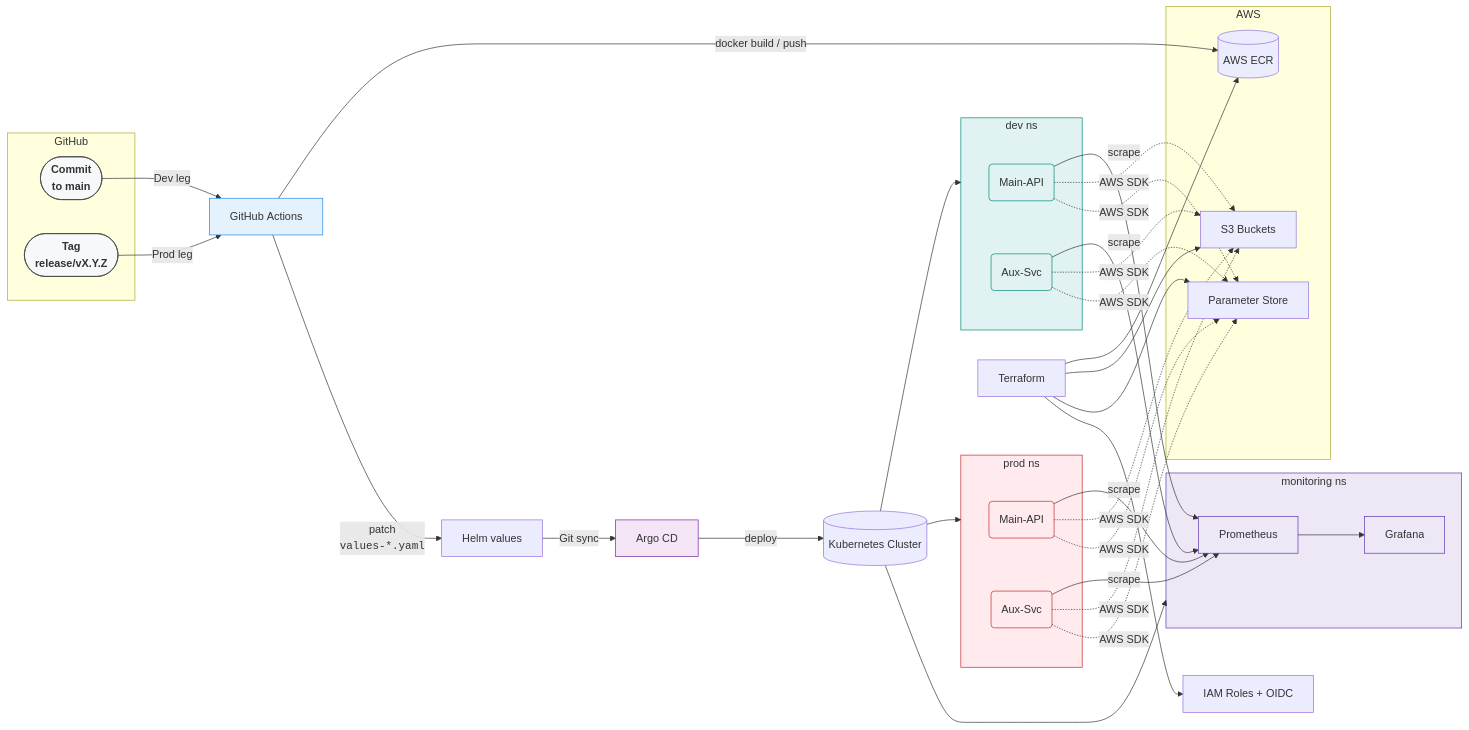
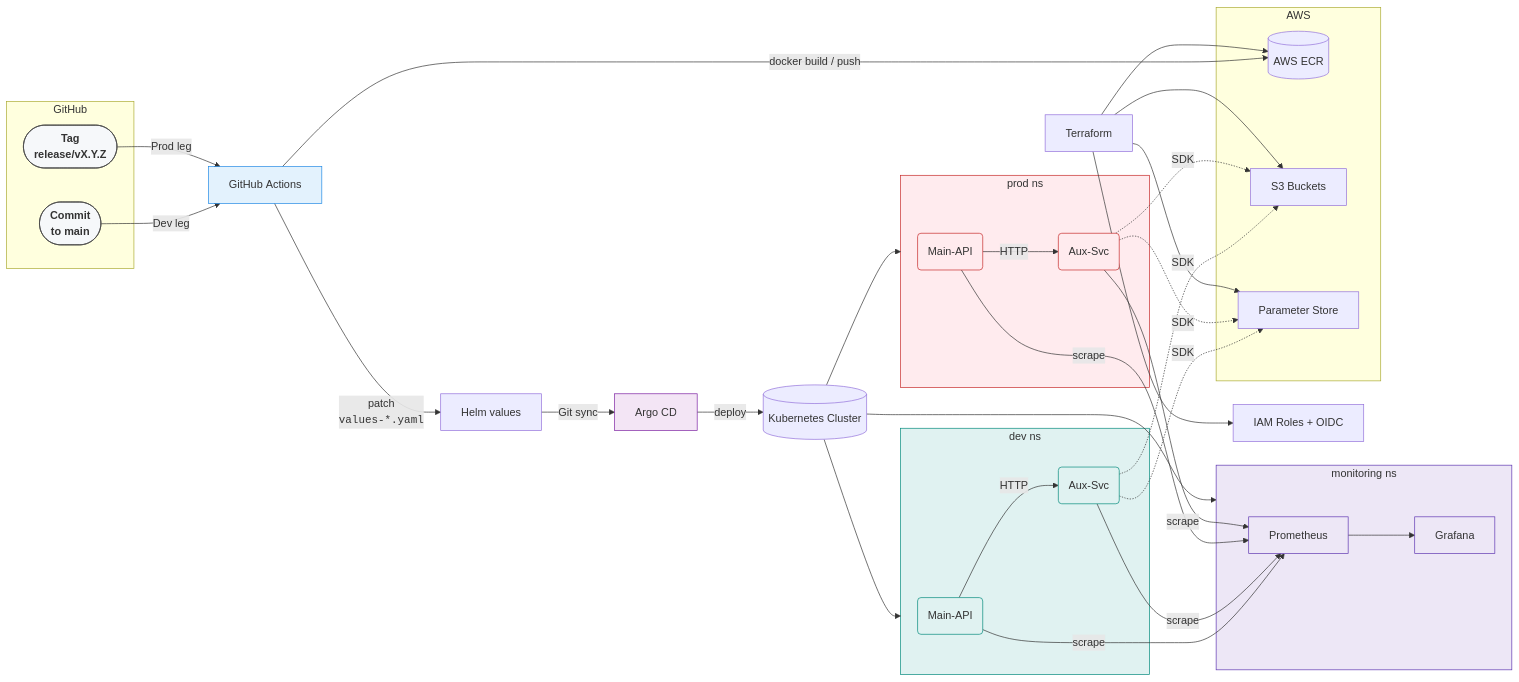
Before and after one commit to Rania193/tech-challenge: the first of 2 diagrams in README.md, drawn with Mermaid.

Commit message:
minor change in graph to avoid confusion

````diff
--- a/README.md
+++ b/README.md
@@ -13,64 +13,67 @@
 ```mermaid
 %%{init: {'theme': 'default'}}%%
 graph LR
-    subgraph GitHub[GitHub]
-        M([Commit<br/>to <b>main</b>]):::gitEvt
-        T([Tag<br/><b>release/vX.Y.Z</b>]):::gitEvt
-    end
+  %% ───── GitHub side ──────────────────
+  subgraph GitHub[GitHub]
+      M([Commit<br/>to <b>main</b>]):::gitEvt
+      T([Tag<br/><b>release/vX.Y.Z</b>]):::gitEvt
+  end
 
-    M -- Dev leg --> CI[GitHub&nbsp;Actions]:::ci
-    T -- Prod leg --> CI
+  M -- Dev leg --> CI[GitHub&nbsp;Actions]:::ci
+  T -- Prod leg --> CI
 
-    CI -- "docker build / push" --> ECR[(AWS&nbsp;ECR)]
-    CI -- "patch<br/><code>values-*.yaml</code>" --> Values[Helm&nbsp;values]
+  CI -- "docker build / push" --> ECR[(AWS&nbsp;ECR)]
+  CI -- "patch<br/><code>values-*.yaml</code>" --> Values[Helm&nbsp;values]
+  Values -- Git&nbsp;sync --> Argo[Argo&nbsp;CD]:::argocd
+  Argo -- deploy --> K8s[(Kubernetes&nbsp;Cluster)]
 
-    Values -- Git&nbsp;sync --> Argo[Argo&nbsp;CD]:::argocd
-    Argo -- deploy --> K8s[(Kubernetes&nbsp;Cluster)]
+  %% ───── Namespaces ───────────────────
+  subgraph DEV["dev ns"]
+      DevAPI(Main-API)
+      DevAux(Aux-Svc)
+  end
+  subgraph PROD["prod ns"]
+      ProdAPI(Main-API)
+      ProdAux(Aux-Svc)
+  end
+  subgraph MON["monitoring ns"]
+      Prom[Prometheus]
+      Graf[Grafana]
+      Prom --> Graf
+  end
+  K8s --> DEV & PROD & MON
 
-    %% Namespaces
-    subgraph DEV["dev ns"]
-        DevAPI(Main-API)
-        DevAux(Aux-Svc)
-    end
-    subgraph PROD["prod ns"]
-        ProdAPI(Main-API)
-        ProdAux(Aux-Svc)
-    end
-    subgraph MON["monitoring ns"]
-        Prom[Prometheus]
-        Graf[Grafana]
-        Prom --> Graf
-    end
-    K8s --> DEV & PROD & MON
+  %% ───── Runtime traffic ──────────────
+  DevAPI -- "HTTP" --> DevAux
+  ProdAPI -- "HTTP" --> ProdAux
 
-    %% Prometheus scraping
-    DevAPI -- scrape --> Prom
-    DevAux -- scrape --> Prom
-    ProdAPI -- scrape --> Prom
-    ProdAux -- scrape --> Prom
+  %% Prometheus scraping
+  DevAPI -- scrape --> Prom
+  DevAux -- scrape --> Prom
+  ProdAPI -- scrape --> Prom
+  ProdAux -- scrape --> Prom
 
-    %% AWS
-    subgraph AWS
-        ECR
-        S3[S3&nbsp;Buckets]
-        SSM[Parameter&nbsp;Store]
-    end
-    DevAPI -. AWS SDK .-> S3 & SSM
-    DevAux -. AWS SDK .-> S3 & SSM
-    ProdAPI -. AWS SDK .-> S3 & SSM
-    ProdAux -. AWS SDK .-> S3 & SSM
+  %% ───── AWS side ─────────────────────
+  subgraph AWS
+      ECR
+      S3[S3&nbsp;Buckets]
+      SSM[Parameter&nbsp;Store]
+  end
+  DevAux -. SDK .-> S3 & SSM
+  ProdAux -. SDK .-> S3 & SSM
 
-    %% Terraform
-    TF[Terraform] --> ECR & S3 & SSM & IAM[IAM&nbsp;Roles + OIDC]
+  %% ───── Terraform provisioning ───────
+  TF[Terraform] --> ECR & S3 & SSM & IAM[IAM&nbsp;Roles&nbsp;+&nbsp;OIDC]
 
-    classDef gitEvt fill:#F6F8FA,stroke:#444,font-weight:bold;
-    classDef ci     fill:#E3F2FD,stroke:#1E88E5;
-    classDef argocd fill:#F3E5F5,stroke:#7B1FA2;
-    classDef devNS  fill:#E0F2F1,stroke:#00897B;
-    classDef prodNS fill:#FFEBEE,stroke:#C62828;
-    classDef monNS  fill:#EDE7F6,stroke:#5E35B1;
+  %% ───── Styles ───────────────────────
+  classDef gitEvt fill:#F6F8FA,stroke:#444,font-weight:bold;
+  classDef ci     fill:#E3F2FD,stroke:#1E88E5;
+  classDef argocd fill:#F3E5F5,stroke:#7B1FA2;
+  classDef devNS  fill:#E0F2F1,stroke:#00897B;
+  classDef prodNS fill:#FFEBEE,stroke:#C62828;
+  classDef monNS  fill:#EDE7F6,stroke:#5E35B1;
 
-    class DEV,DevAPI,DevAux devNS;
-    class PROD,ProdAPI,ProdAux prodNS;
-    class MON,Prom,Graf monNS;
+  class DEV,DevAPI,DevAux devNS;
+  class PROD,ProdAPI,ProdAux prodNS;
+  class MON,Prom,Graf monNS;
 ```
````
